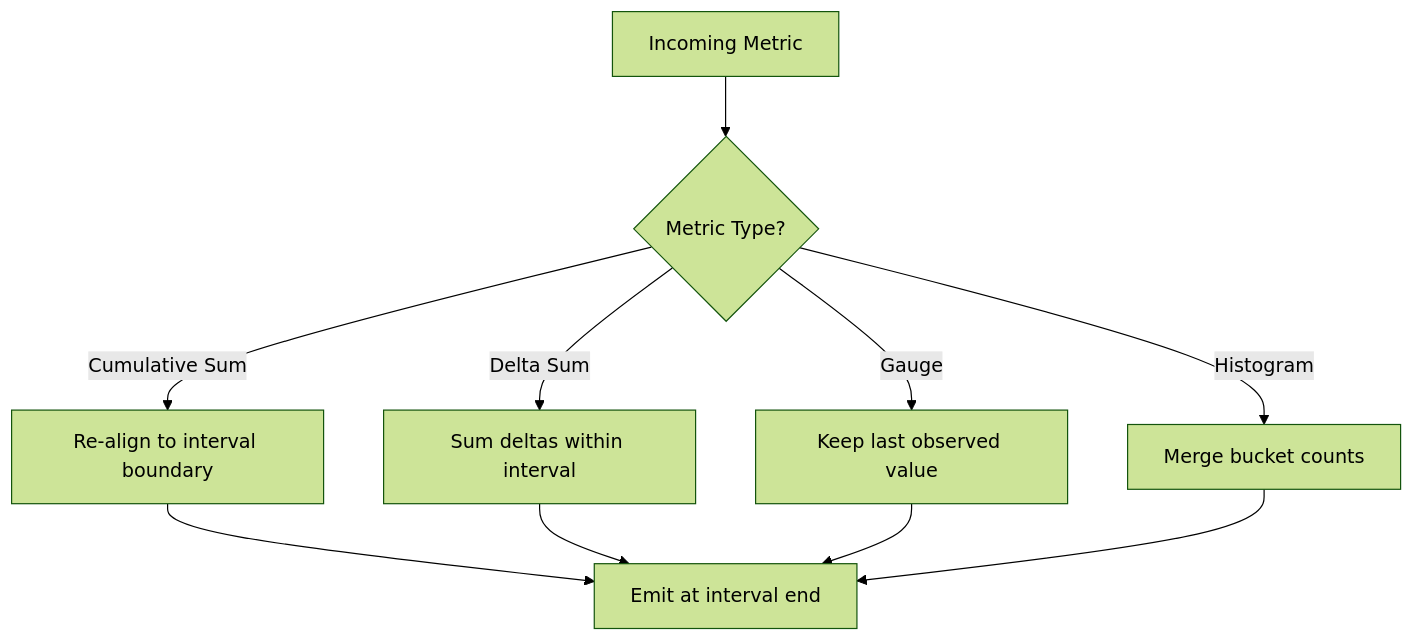
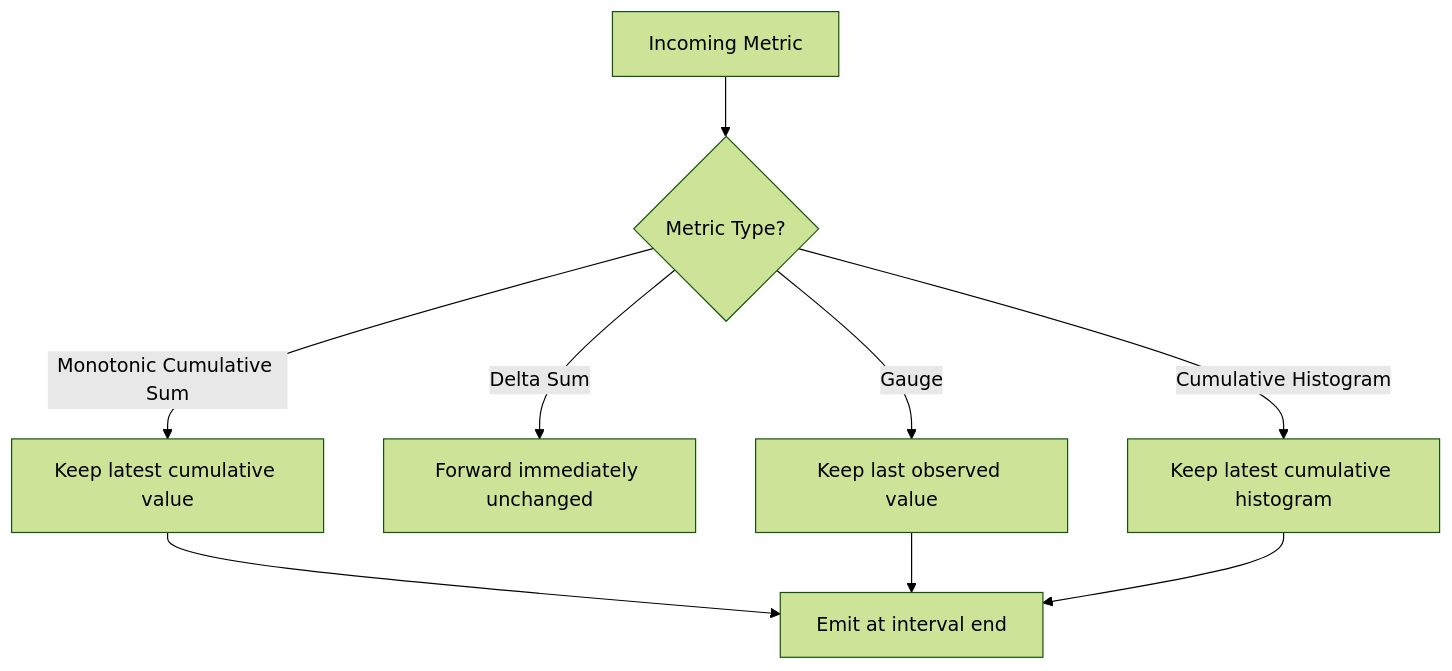
The second of 2 diagrams in posts/2026-02-06-interval-processor-downsample-high-frequency-metrics/README.md (OneUptime/blog), drawn with Mermaid (forest theme) before and after one commit. The commit also changed other lines of this file and 2 other files, not shown here.

Commit message:
validate: 2026-02-06-interval-processor-downsample-high-frequency-metrics

````diff
--- a/posts/2026-02-06-interval-processor-downsample-high-frequency-metrics/README.md
+++ b/posts/2026-02-06-interval-processor-downsample-high-frequency-metrics/README.md
@@ -102,12 +105,11 @@
 ```mermaid
 flowchart TD
     A[Incoming Metric] --> B{Metric Type?}
-    B -->|Cumulative Sum| C[Re-align to interval boundary]
-    B -->|Delta Sum| D[Sum deltas within interval]
+    B -->|Monotonic Cumulative Sum| C[Keep latest cumulative value]
+    B -->|Delta Sum| D[Forward immediately unchanged]
     B -->|Gauge| E[Keep last observed value]
-    B -->|Histogram| F[Merge bucket counts]
+    B -->|Cumulative Histogram| F[Keep latest cumulative histogram]
     C --> G[Emit at interval end]
-    D --> G
     E --> G
     F --> G
 ```
````
